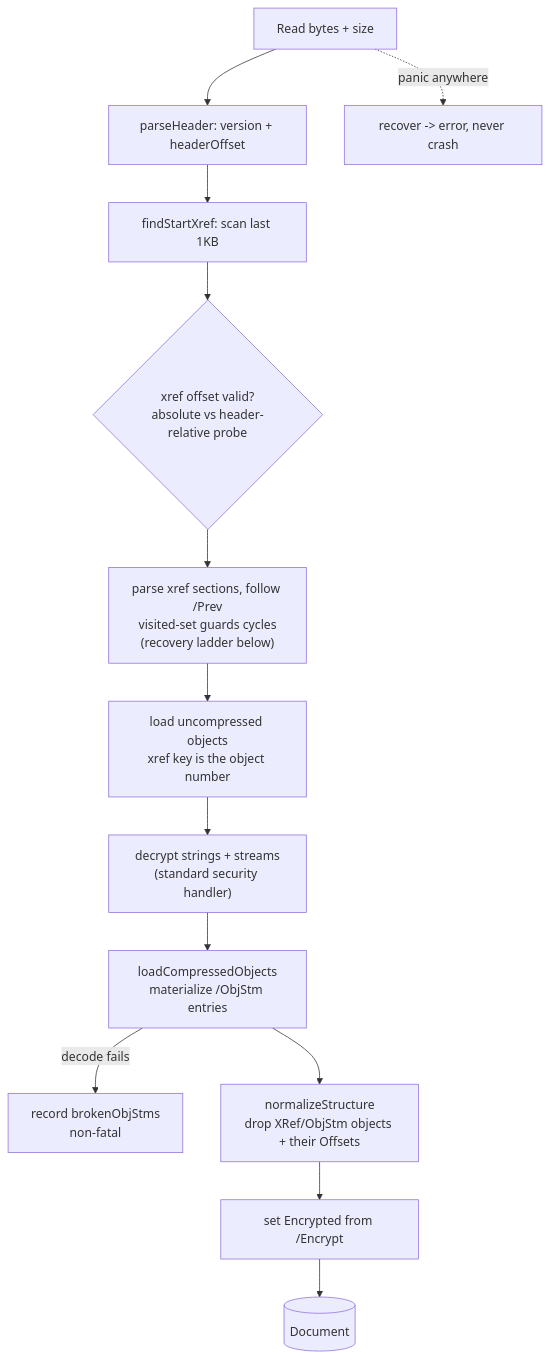
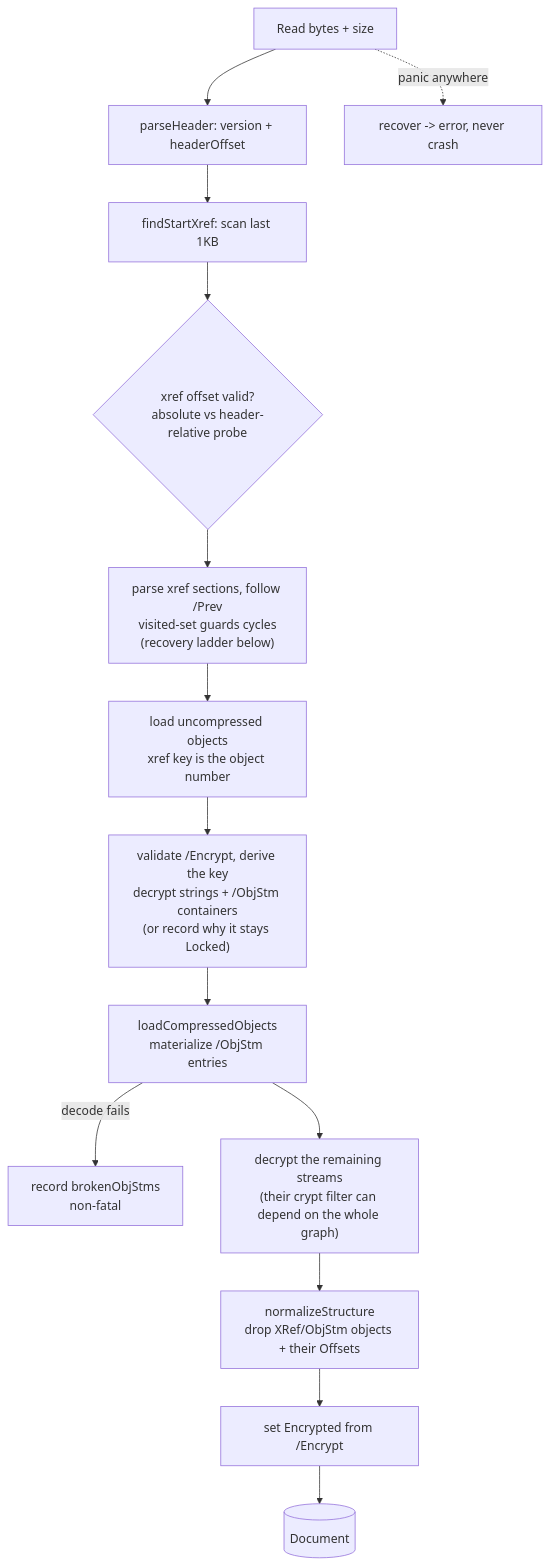
One commit to mgilbir/pdf0 changed the first of 3 diagrams in docs/architecture.md. Above: the diagram before and after it, drawn with Mermaid. The commit also changed other lines of this file and 4 other files, not shown here.

````diff
--- a/docs/architecture.md
+++ b/docs/architecture.md
@@ -107,15 +107,16 @@
 ```mermaid
 flowchart TD
     A[Read bytes + size] --> B[parseHeader: version + headerOffset]
     B --> C[findStartXref: scan last 1KB]
     C --> D{xref offset valid?<br/>absolute vs header-relative probe}
     D --> E["parse xref sections, follow /Prev<br/>visited-set guards cycles<br/>(recovery ladder below)"]
     E --> F[load uncompressed objects<br/>xref key is the object number]
-    F --> G["decrypt strings + streams<br/>(standard security handler)"]
+    F --> G["validate /Encrypt, derive the key<br/>decrypt strings + /ObjStm containers<br/>(or record why it stays Locked)"]
     G --> H[loadCompressedObjects<br/>materialize /ObjStm entries]
     H -->|decode fails| H2[record brokenObjStms<br/>non-fatal]
-    H --> I[normalizeStructure<br/>drop XRef/ObjStm objects + their Offsets]
+    H --> G2["decrypt the remaining streams<br/>(their crypt filter can depend on the whole graph)"]
+    G2 --> I[normalizeStructure<br/>drop XRef/ObjStm objects + their Offsets]
     I --> J[set Encrypted from /Encrypt]
     J --> K[(Document)]
     A -.panic anywhere.-> R[recover -> error, never crash]
 ```
````
